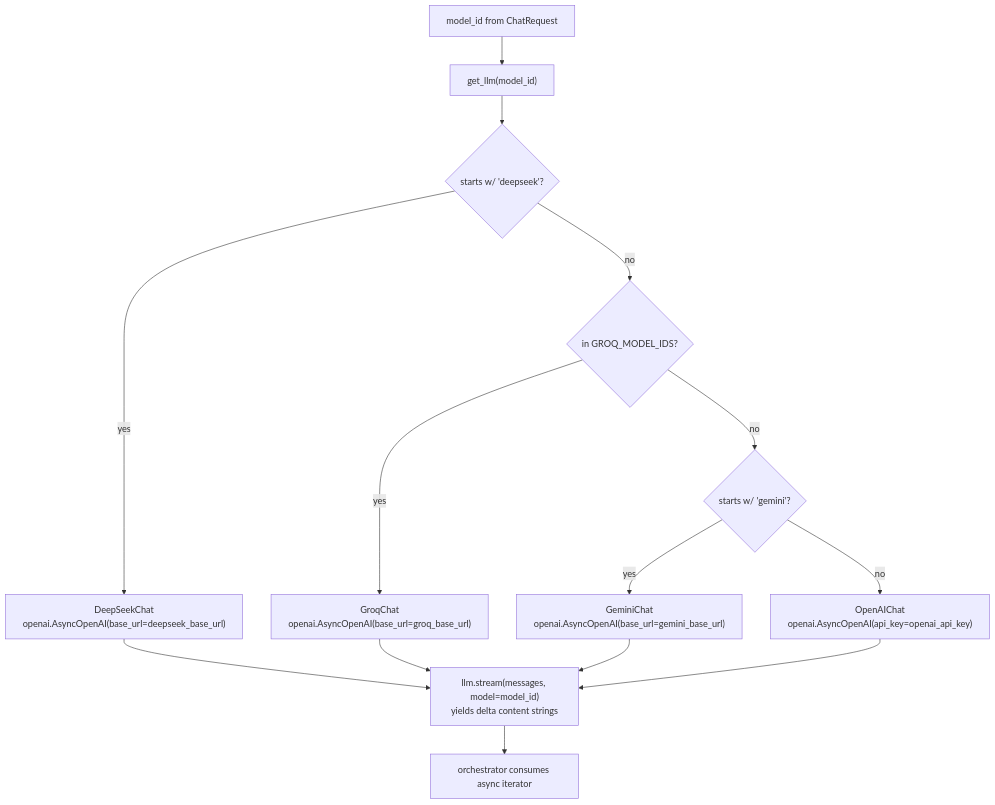
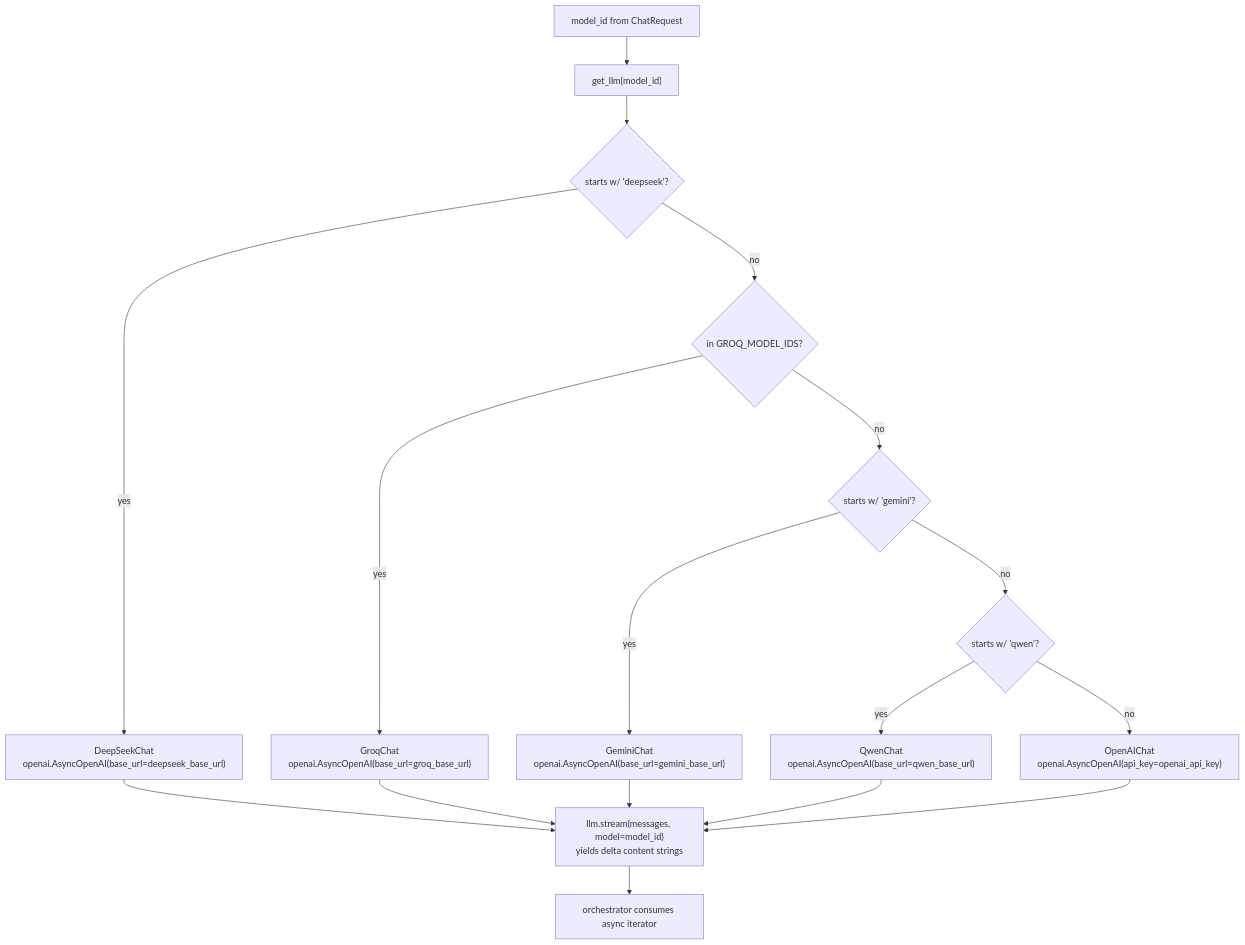
One commit to IohanFaustino/statrag changed the diagram in docs/services/chat-features/06-llm-router.md. Above: the diagram before and after it, drawn with Mermaid. The commit also changed other lines of this file and 7 other files, not shown here.

First line of the commit message:
feat(chat): add Alibaba Qwen provider (OpenAI-compat) for draft battle

````diff
--- a/docs/services/chat-features/06-llm-router.md
+++ b/docs/services/chat-features/06-llm-router.md
@@ -9,16 +9,19 @@
 ```mermaid
 graph TD
   ReqMid["model_id from ChatRequest"] --> Router["get_llm(model_id)"]
   Router --> Deepseek{starts w/ 'deepseek'?}
   Deepseek -->|yes| DS["DeepSeekChat<br/>openai.AsyncOpenAI(base_url=deepseek_base_url)"]
   Deepseek -->|no| Groq{in GROQ_MODEL_IDS?}
   Groq -->|yes| GQ["GroqChat<br/>openai.AsyncOpenAI(base_url=groq_base_url)"]
   Groq -->|no| Gemini{starts w/ 'gemini'?}
   Gemini -->|yes| GL["GeminiChat<br/>openai.AsyncOpenAI(base_url=gemini_base_url)"]
-  Gemini -->|no| OAI["OpenAIChat<br/>openai.AsyncOpenAI(api_key=openai_api_key)"]
+  Gemini -->|no| Qwen{starts w/ 'qwen'?}
+  Qwen -->|yes| QW["QwenChat<br/>openai.AsyncOpenAI(base_url=qwen_base_url)"]
+  Qwen -->|no| OAI["OpenAIChat<br/>openai.AsyncOpenAI(api_key=openai_api_key)"]
   DS --> Stream["llm.stream(messages, model=model_id)<br/>yields delta content strings"]
   GQ --> Stream
   GL --> Stream
+  QW --> Stream
   OAI --> Stream
   Stream --> Orch[orchestrator consumes async iterator]
 ```
````
